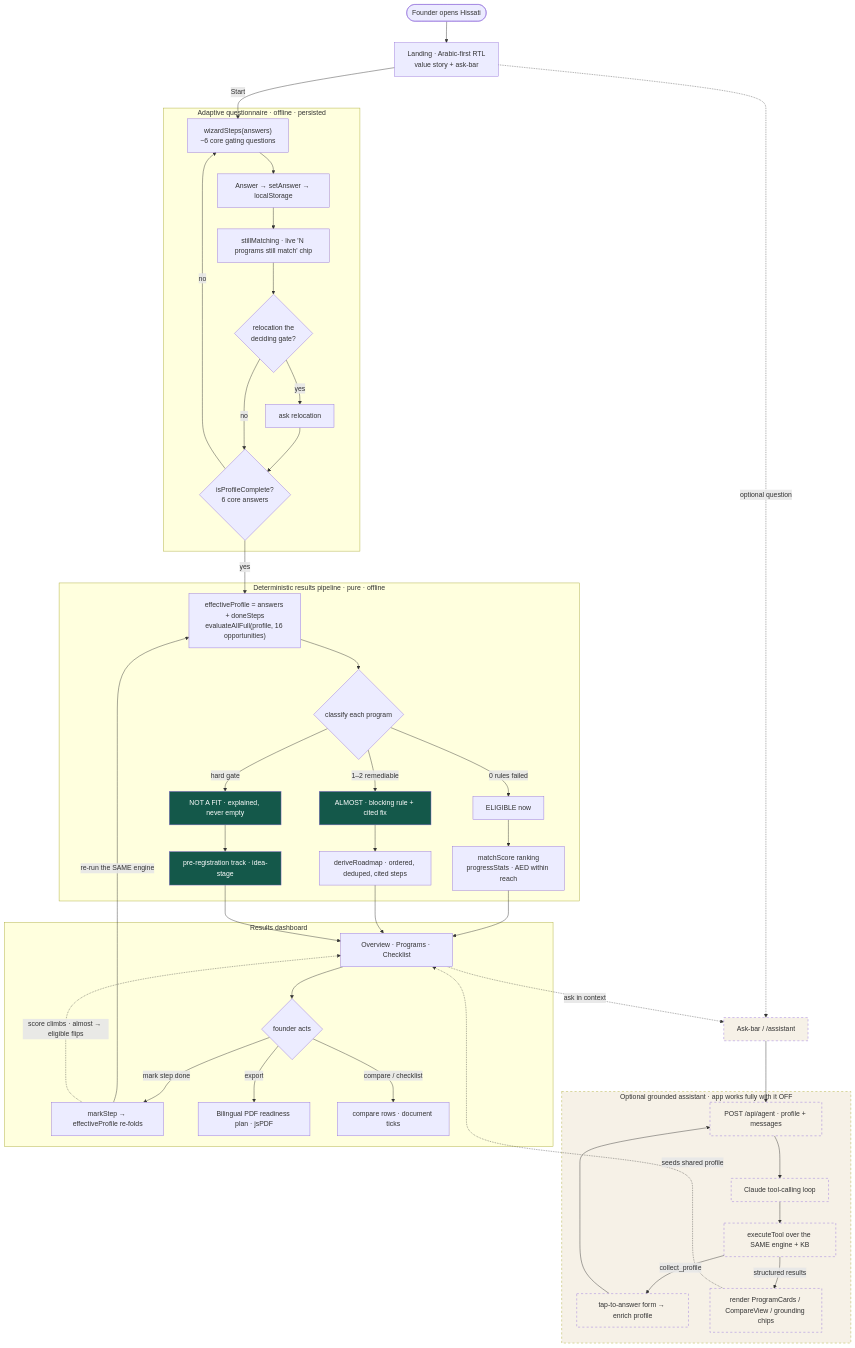
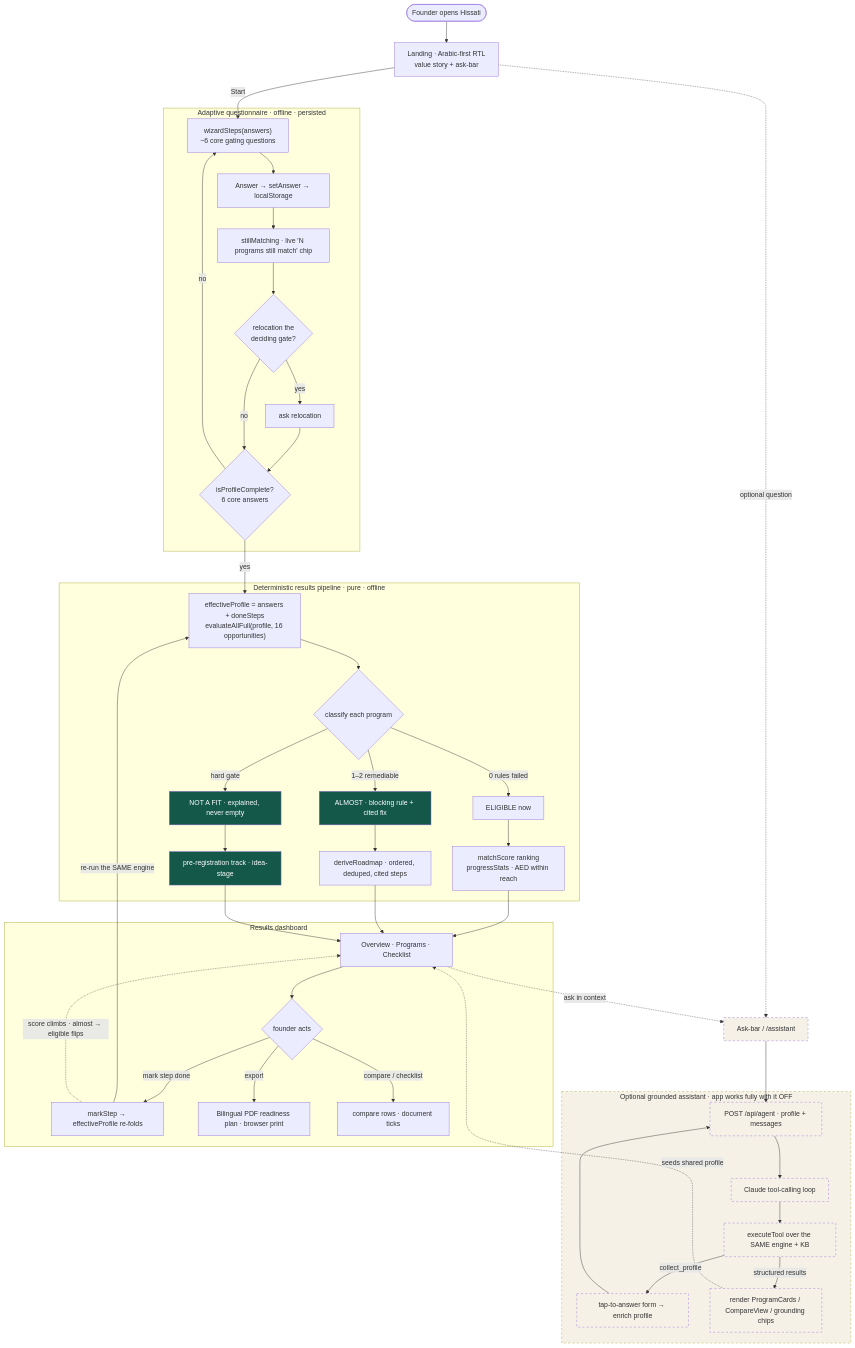
Before and after one commit to theParitet/hissati: the first of 2 diagrams in README.md, drawn with Mermaid. The commit also changed other lines of this file and 28 other files, not shown here.

````diff
--- a/README.md
+++ b/README.md
@@ -81,59 +85,59 @@
 ```mermaid
 flowchart TD
   START([Founder opens Hissati]) --> LAND["Landing · Arabic-first RTL<br/>value story + ask-bar"]
   LAND -->|Start| WIZ
   LAND -. optional question .-> ASK
 
   subgraph WIZARD["Adaptive questionnaire · offline · persisted"]
     WIZ["wizardSteps(answers)<br/>~6 core gating questions"] --> ANS["Answer → setAnswer → localStorage"]
     ANS --> LIVE["stillMatching · live 'N programs still match' chip"]
     LIVE --> RELOC{"relocation the<br/>deciding gate?"}
     RELOC -->|yes| ASKR["ask relocation"]
     ASKR --> COMPLETE
     RELOC -->|no| COMPLETE{"isProfileComplete?<br/>6 core answers"}
     COMPLETE -->|no| WIZ
   end
 
   COMPLETE -->|yes| EVAL
 
   subgraph ENGINE["Deterministic results pipeline · pure · offline"]
     EVAL["effectiveProfile = answers + doneSteps<br/>evaluateAllFull(profile, 16 opportunities)"] --> BUCKETS{"classify each program"}
     BUCKETS -->|0 rules failed| ELIG["ELIGIBLE now"]
     BUCKETS -->|1–2 remediable| ALMOST["ALMOST · blocking rule + cited fix"]
     BUCKETS -->|hard gate| NOTFIT["NOT A FIT · explained, never empty"]
     ELIG --> RANK["matchScore ranking<br/>progressStats · AED within reach"]
     ALMOST --> ROADMAP["deriveRoadmap · ordered, deduped, cited steps"]
     NOTFIT --> PREREG["pre-registration track · idea-stage"]
   end
 
   RANK --> DASH
   ROADMAP --> DASH
   PREREG --> DASH
 
   subgraph RESULTS["Results dashboard"]
     DASH["Overview · Programs · Checklist"] --> ACTIONS{"founder acts"}
     ACTIONS -->|mark step done| MARK["markStep → effectiveProfile re-folds"]
-    ACTIONS -->|export| PDFOUT["Bilingual PDF readiness plan · jsPDF"]
+    ACTIONS -->|export| PDFOUT["Bilingual PDF readiness plan · browser print"]
     ACTIONS -->|compare / checklist| DETAIL["compare rows · document ticks"]
   end
 
   MARK -->|re-run the SAME engine| EVAL
   MARK -. "score climbs · almost → eligible flips" .-> DASH
 
   ASK["Ask-bar / /assistant"] --> AGENT
   DASH -. ask in context .-> ASK
 
   subgraph ASSIST["Optional grounded assistant · app works fully with it OFF"]
     AGENT["POST /api/agent · profile + messages"] --> LOOP["Claude tool-calling loop"]
     LOOP --> TOOLEX["executeTool over the SAME engine + KB"]
     TOOLEX -->|collect_profile| FORM["tap-to-answer form → enrich profile"]
     FORM --> AGENT
     TOOLEX -->|structured results| RENDER["render ProgramCards / CompareView / grounding chips"]
   end
   RENDER -. seeds shared profile .-> DASH
 
   classDef opt stroke-dasharray:5 5,fill:#f6f1e7;
   class ASSIST,ASK,AGENT,LOOP,TOOLEX,FORM,RENDER opt;
   classDef guard fill:#14584a,color:#ffffff;
   class ALMOST,NOTFIT,PREREG guard;
 ```
````
